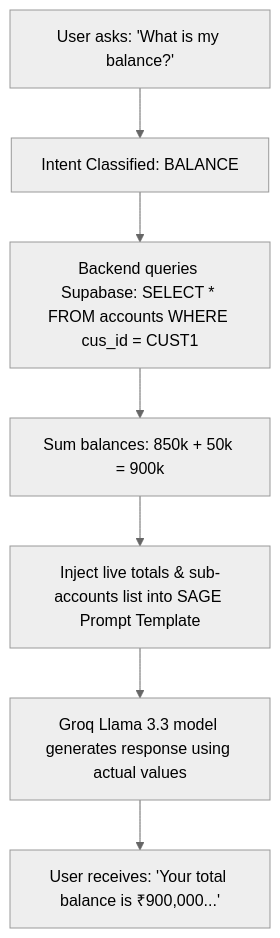
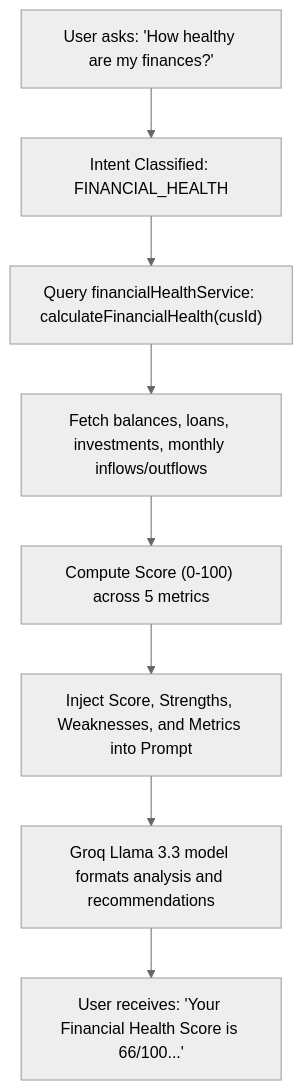
Before and after one commit to Aurindom971/WealthWise-app-PSB-Hackathon-2026: the first of 2 diagrams in docs/AI_SYSTEM.md, drawn with Mermaid (neutral theme). The commit also changed other lines of this file and 12 other files, not shown here.

Commit message:
sage service addition

````diff
--- a/docs/AI_SYSTEM.md
+++ b/docs/AI_SYSTEM.md
@@ -19,10 +22,11 @@
 ```mermaid
 graph TD
-    UserQuery["User asks: 'What is my balance?'"]
-    --> IntentClassify["Intent Classified: BALANCE"]
-    --> FetchDB["Backend queries Supabase: SELECT * FROM accounts WHERE cus_id = CUST1"]
-    --> SumBalances["Sum balances: 850k + 50k = 900k"]
-    --> BuildPrompt["Inject live totals & sub-accounts list into SAGE Prompt Template"]
-    --> LLM["Groq Llama 3.3 model generates response using actual values"]
-    --> Reply["User receives: 'Your total balance is ₹900,000...'"]
+    UserQuery["User asks: 'How healthy are my finances?'"]
+    --> IntentClassify["Intent Classified: FINANCIAL_HEALTH"]
+    --> HealthService["Query financialHealthService: calculateFinancialHealth(cusId)"]
+    --> DBQuery["Fetch balances, loans, investments, monthly inflows/outflows"]
+    --> ScoreCalc["Compute Score (0-100) across 5 metrics"]
+    --> BuildPrompt["Inject Score, Strengths, Weaknesses, and Metrics into Prompt"]
+    --> LLM["Groq Llama 3.3 model formats analysis and recommendations"]
+    --> Reply["User receives: 'Your Financial Health Score is 66/100...'"]
 ```
````
